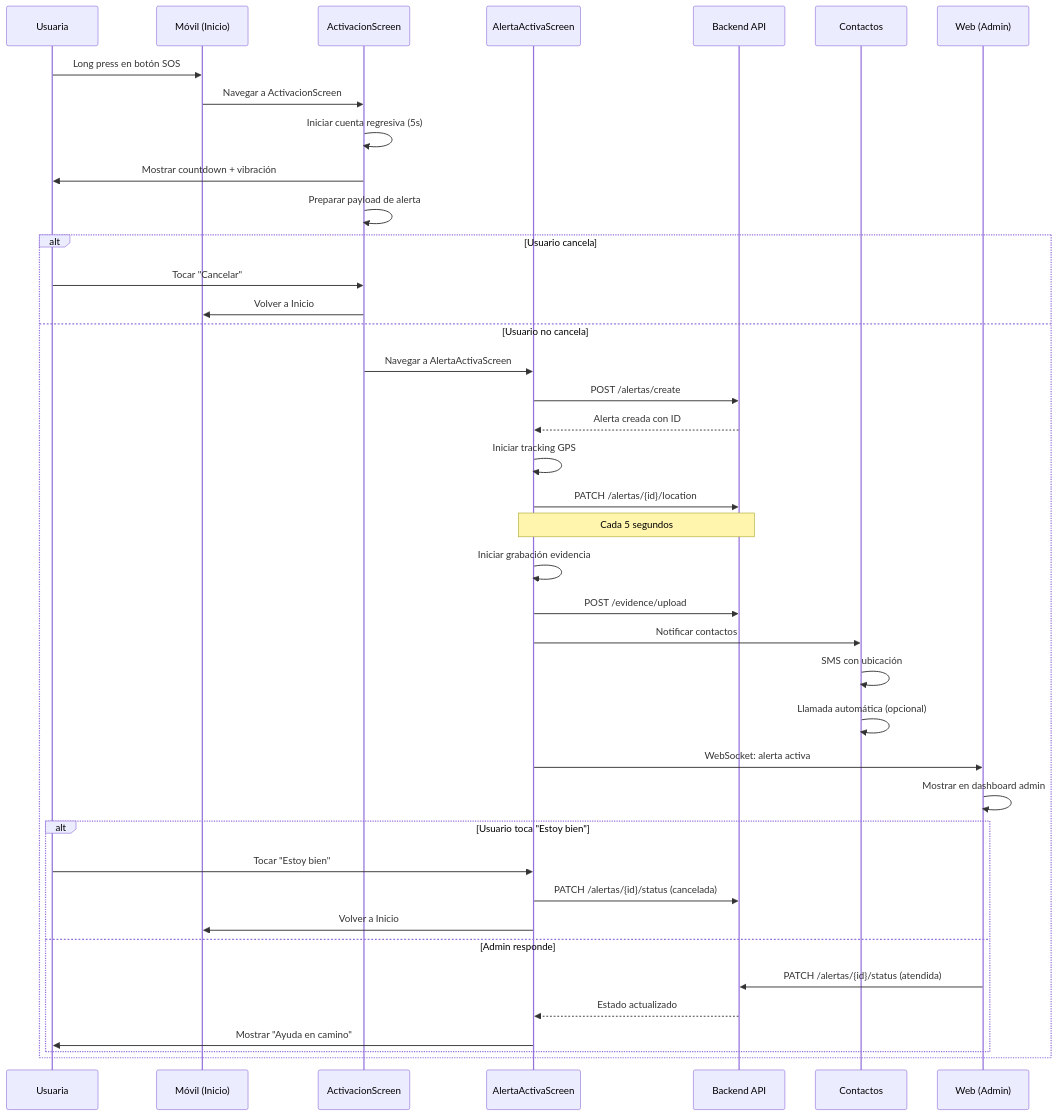
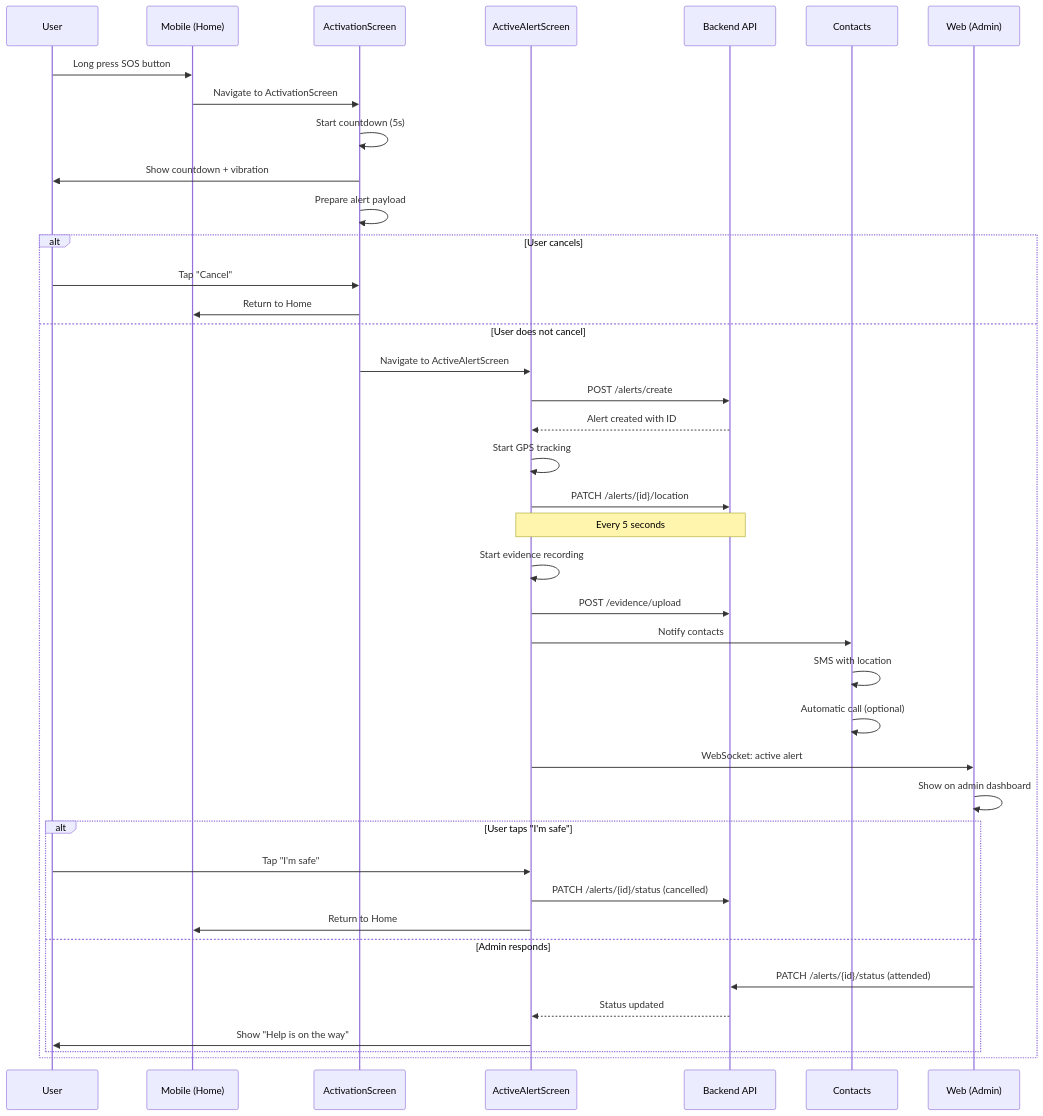
Before and after one commit to code-sena/wal-docs: the first of 3 diagrams in 12-ux-ui/navigation-map.md, drawn with Mermaid. The commit also changed other lines of this file and 17 other files, not shown here.

Commit message:
docs: update core documentation across modules, architecture, and requirements

````diff
--- a/12-ux-ui/navigation-map.md
+++ b/12-ux-ui/navigation-map.md
@@ -186,49 +186,49 @@
 ```mermaid
 sequenceDiagram
-    participant U as Usuaria
-    participant M as Móvil (Inicio)
-    participant A as ActivacionScreen
-    participant AA as AlertaActivaScreen
+    participant U as User
+    participant M as Mobile (Home)
+    participant A as ActivationScreen
+    participant AA as ActiveAlertScreen
     participant API as Backend API
-    participant C as Contactos
+    participant C as Contacts
     participant W as Web (Admin)
 
-    U->>M: Long press en botón SOS
-    M->>A: Navegar a ActivacionScreen
-    A->>A: Iniciar cuenta regresiva (5s)
-    A->>U: Mostrar countdown + vibración
-    A->>A: Preparar payload de alerta
-    
-    alt Usuario cancela
-        U->>A: Tocar "Cancelar"
-        A->>M: Volver a Inicio
-    else Usuario no cancela
-        A->>AA: Navegar a AlertaActivaScreen
-        AA->>API: POST /alertas/create
-        API-->>AA: Alerta creada con ID
-        
-        AA->>AA: Iniciar tracking GPS
-        AA->>API: PATCH /alertas/{id}/location
-        Note over AA,API: Cada 5 segundos
-        
-        AA->>AA: Iniciar grabación evidencia
+    U->>M: Long press SOS button
+    M->>A: Navigate to ActivationScreen
+    A->>A: Start countdown (5s)
+    A->>U: Show countdown + vibration
+    A->>A: Prepare alert payload
+
+    alt User cancels
+        U->>A: Tap "Cancel"
+        A->>M: Return to Home
+    else User does not cancel
+        A->>AA: Navigate to ActiveAlertScreen
+        AA->>API: POST /alerts/create
+        API-->>AA: Alert created with ID
+
+        AA->>AA: Start GPS tracking
+        AA->>API: PATCH /alerts/{id}/location
+        Note over AA,API: Every 5 seconds
+
+        AA->>AA: Start evidence recording
         AA->>API: POST /evidence/upload
-        
-        AA->>C: Notificar contactos
-        C->>C: SMS con ubicación
-        C->>C: Llamada automática (opcional)
-        
-        AA->>W: WebSocket: alerta activa
-        W->>W: Mostrar en dashboard admin
-        
-        alt Usuario toca "Estoy bien"
-            U->>AA: Tocar "Estoy bien"
-            AA->>API: PATCH /alertas/{id}/status (cancelada)
-            AA->>M: Volver a Inicio
-        else Admin responde
-            W->>API: PATCH /alertas/{id}/status (atendida)
-            API-->>AA: Estado actualizado
-            AA->>U: Mostrar "Ayuda en camino"
+
+        AA->>C: Notify contacts
+        C->>C: SMS with location
+        C->>C: Automatic call (optional)
+
+        AA->>W: WebSocket: active alert
+        W->>W: Show on admin dashboard
+
+        alt User taps "I'm safe"
+            U->>AA: Tap "I'm safe"
+            AA->>API: PATCH /alerts/{id}/status (cancelled)
+            AA->>M: Return to Home
+        else Admin responds
+            W->>API: PATCH /alerts/{id}/status (attended)
+            API-->>AA: Status updated
+            AA->>U: Show "Help is on the way"
         end
     end
 ```
````
